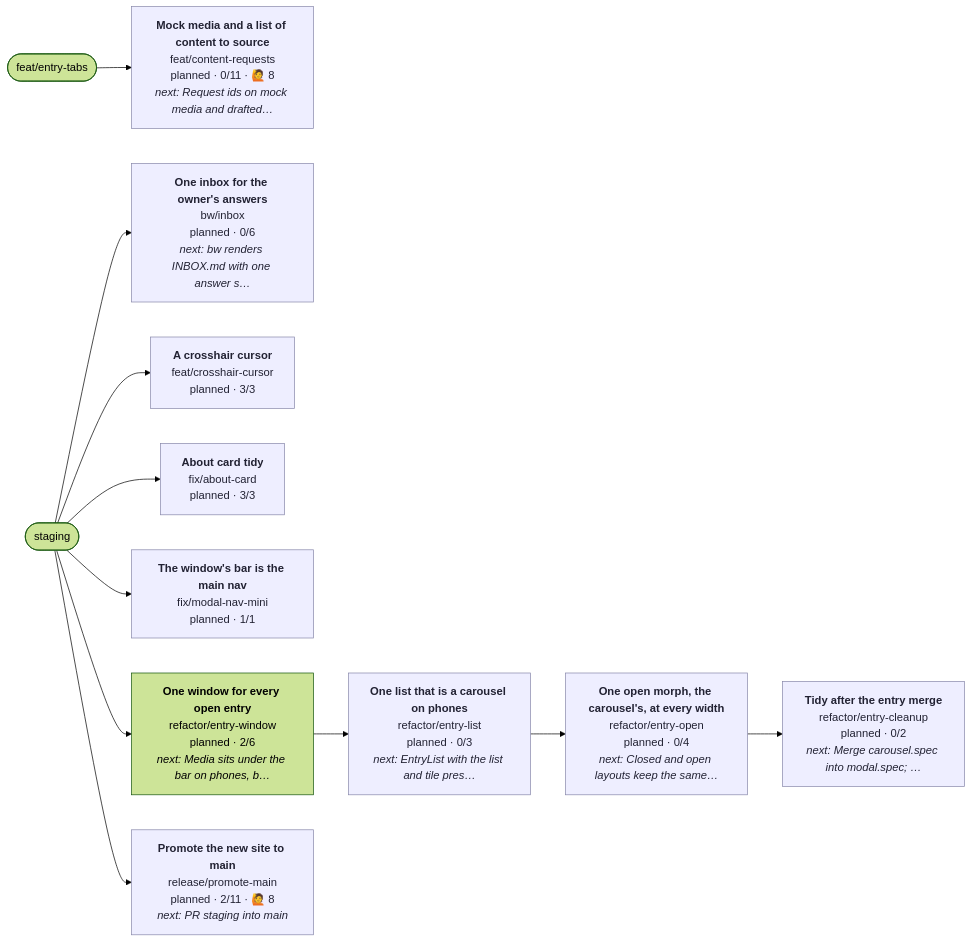
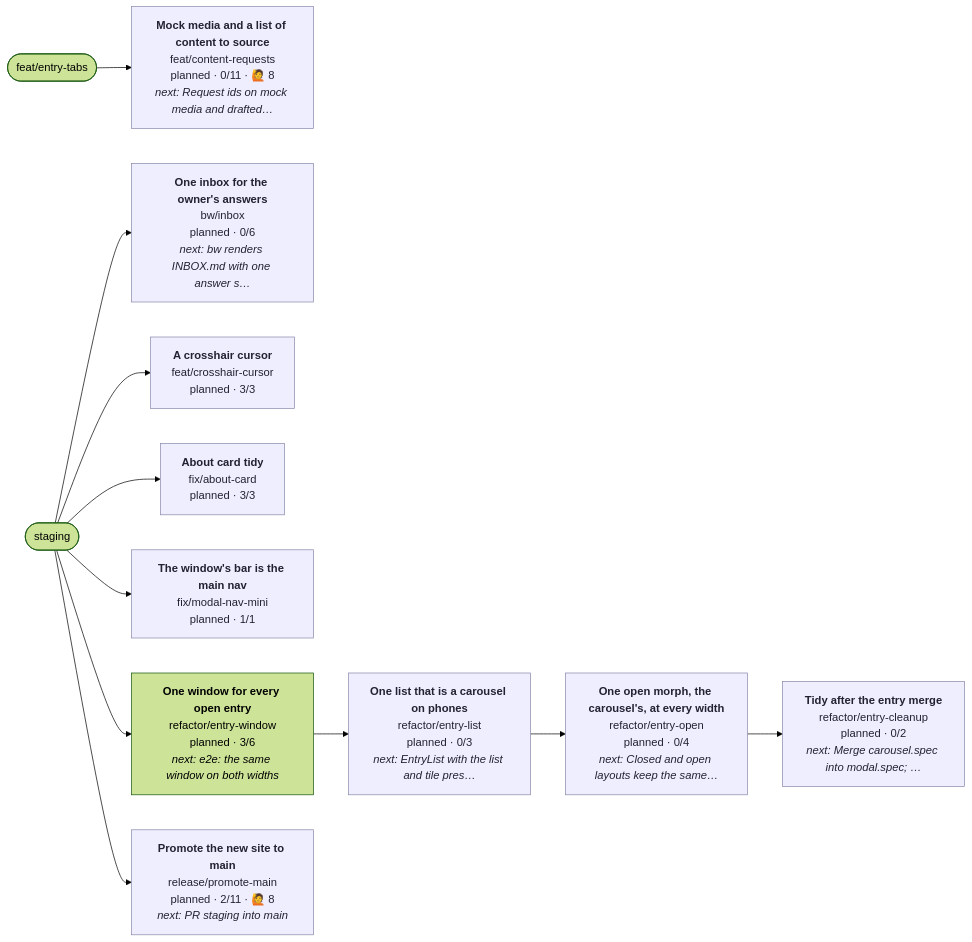
Before and after one commit to henryjonescodes/portfolio: the diagram in CONTRIBUTING.md, drawn with Mermaid (forest theme). The commit also changed other lines of this file, not shown here.

````diff
--- a/CONTRIBUTING.md
+++ b/CONTRIBUTING.md
@@ -17,40 +17,40 @@
 ```mermaid
 flowchart LR
   n_staging([staging])
   n_feat_entry_tabs([feat/entry-tabs])
   n_bw_inbox["<b>One inbox for the owner's answers</b><br/>bw/inbox<br/>planned · 0/6<br/><i>next: bw renders INBOX.md with one answer s…</i>"]
   class n_bw_inbox planned
   n_staging --> n_bw_inbox
   n_feat_content_requests["<b>Mock media and a list of content to source</b><br/>feat/content-requests<br/>planned · 0/11 · 🙋 8<br/><i>next: Request ids on mock media and drafted…</i>"]
   class n_feat_content_requests planned
   n_feat_entry_tabs --> n_feat_content_requests
   n_feat_crosshair_cursor["<b>A crosshair cursor</b><br/>feat/crosshair-cursor<br/>planned · 3/3"]
   class n_feat_crosshair_cursor planned
   n_staging --> n_feat_crosshair_cursor
   n_fix_about_card["<b>About card tidy</b><br/>fix/about-card<br/>planned · 3/3"]
   class n_fix_about_card planned
   n_staging --> n_fix_about_card
   n_fix_modal_nav_mini["<b>The window's bar is the main nav</b><br/>fix/modal-nav-mini<br/>planned · 1/1"]
   class n_fix_modal_nav_mini planned
   n_staging --> n_fix_modal_nav_mini
   n_refactor_entry_cleanup["<b>Tidy after the entry merge</b><br/>refactor/entry-cleanup<br/>planned · 0/2<br/><i>next: Merge carousel.spec into modal.spec; …</i>"]
   class n_refactor_entry_cleanup planned
   n_refactor_entry_open --> n_refactor_entry_cleanup
   n_refactor_entry_list["<b>One list that is a carousel on phones</b><br/>refactor/entry-list<br/>planned · 0/3<br/><i>next: EntryList with the list and tile pres…</i>"]
   class n_refactor_entry_list planned
   n_refactor_entry_window --> n_refactor_entry_list
   n_refactor_entry_open["<b>One open morph, the carousel's, at every width</b><br/>refactor/entry-open<br/>planned · 0/4<br/><i>next: Closed and open layouts keep the same…</i>"]
   class n_refactor_entry_open planned
   n_refactor_entry_list --> n_refactor_entry_open
-  n_refactor_entry_window["<b>One window for every open entry</b><br/>refactor/entry-window<br/>planned · 2/6<br/><i>next: Media sits under the bar on phones, b…</i>"]
+  n_refactor_entry_window["<b>One window for every open entry</b><br/>refactor/entry-window<br/>planned · 3/6<br/><i>next: e2e: the same window on both widths</i>"]
   class n_refactor_entry_window planned,current
   n_staging --> n_refactor_entry_window
   n_release_promote_main["<b>Promote the new site to main</b><br/>release/promote-main<br/>planned · 2/11 · 🙋 8<br/><i>next: PR staging into main</i>"]
   class n_release_promote_main planned
   n_staging --> n_release_promote_main
   classDef planned fill:#eef,stroke:#88a,color:#223
   classDef active fill:#dfd,stroke:#3a3,stroke-width:3px,color:#132
   classDef blocked fill:#fdd,stroke:#c33,color:#311
   classDef review fill:#ffd,stroke:#cc3,color:#331
   classDef current stroke:#06c,stroke-width:4px
 ```
````
